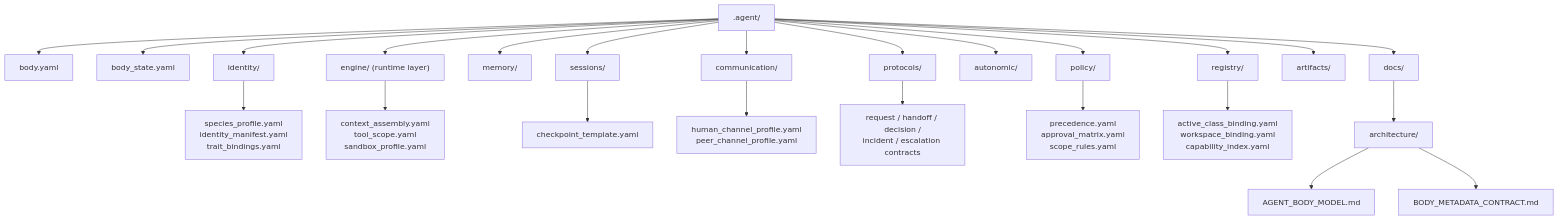
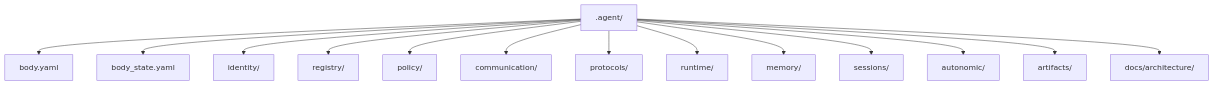
Before and after one commit to SungYongMOON/soulforge: the diagram in .agent/docs/architecture/AGENT_BODY_MODEL.md, drawn with Mermaid. The commit also changed other lines of this file and 56 other files, not shown here.

````diff
--- a/.agent/docs/architecture/AGENT_BODY_MODEL.md
+++ b/.agent/docs/architecture/AGENT_BODY_MODEL.md
@@ -28,26 +28,16 @@
 ```mermaid
 flowchart TD
   B[".agent/"] --> BY["body.yaml"]
   B --> BS["body_state.yaml"]
   B --> I["identity/"]
-  B --> E["engine/ (runtime layer)"]
+  B --> R["registry/"]
+  B --> P["policy/"]
+  B --> C["communication/"]
+  B --> PR["protocols/"]
+  B --> RT["runtime/"]
   B --> M["memory/"]
   B --> S["sessions/"]
-  B --> C["communication/"]
-  B --> PR["protocols/"]
   B --> A["autonomic/"]
-  B --> P["policy/"]
-  B --> R["registry/"]
   B --> AR["artifacts/"]
-  B --> D["docs/"]
-  I --> IY["species_profile.yaml<br/>identity_manifest.yaml<br/>trait_bindings.yaml"]
-  E --> EY["context_assembly.yaml<br/>tool_scope.yaml<br/>sandbox_profile.yaml"]
-  S --> SY["checkpoint_template.yaml"]
-  C --> CY["human_channel_profile.yaml<br/>peer_channel_profile.yaml"]
-  PR --> PY["request / handoff / decision /<br/>incident / escalation contracts"]
-  P --> PF["precedence.yaml<br/>approval_matrix.yaml<br/>scope_rules.yaml"]
-  R --> RY["active_class_binding.yaml<br/>workspace_binding.yaml<br/>capability_index.yaml"]
-  D --> DA["architecture/"]
-  DA --> DM["AGENT_BODY_MODEL.md"]
-  DA --> DC["BODY_METADATA_CONTRACT.md"]
+  B --> D["docs/architecture/"]
 ```
````
